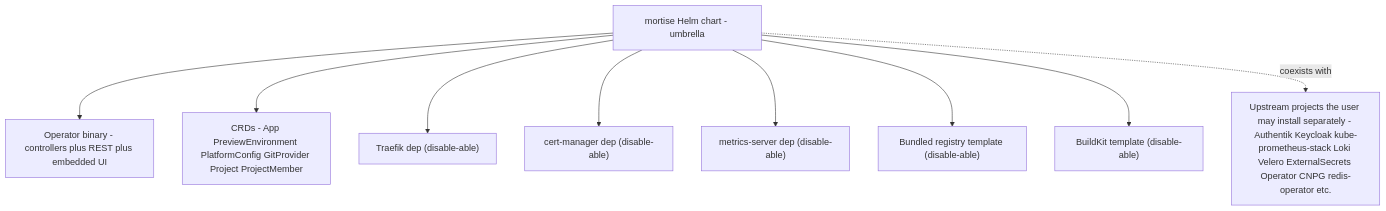
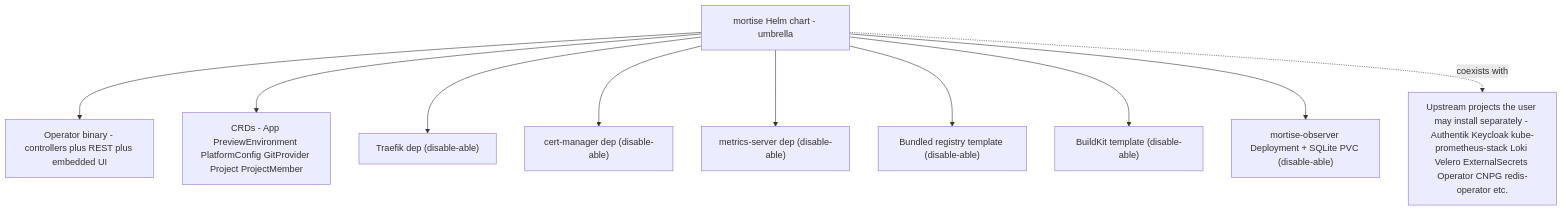
One commit to mortise-org/mortise changed the fourth of 5 diagrams in ARCHITECTURE.md. Above: the diagram before and after it, drawn with Mermaid. The commit also changed 2 other files, not shown here.

Commit message:
Fix reviewer issues: namespace name, BuildKit install framing, Observer in §4, remove UI_SPEC.md
- SPEC.md §5.3: mortise-builds → mortise-deps (correct namespace)
- SPEC.md §5.3: 'installed on-demand' → 'bundled, enabled by default, disable-able'
- ARCHITECTURE.md §4: add mortise-observer to install/chart layout diagram
- UI_SPEC.md: deleted (folded in from closed PR #128)
- SPEC.md: remove two remaining UI_SPEC §12.22 cross-references

````diff
--- a/ARCHITECTURE.md
+++ b/ARCHITECTURE.md
@@ -276,23 +276,25 @@
 ```mermaid
 flowchart TB
     Chart["mortise Helm chart - umbrella"]
 
     OP["Operator binary - controllers plus REST plus embedded UI"]
     CRDs["CRDs - App PreviewEnvironment PlatformConfig GitProvider Project ProjectMember"]
     TFc["Traefik dep (disable-able)"]
     CMc["cert-manager dep (disable-able)"]
     MSc["metrics-server dep (disable-able)"]
     REG["Bundled registry template (disable-able)"]
     BK["BuildKit template (disable-able)"]
+    OBS["mortise-observer Deployment + SQLite PVC (disable-able)"]
 
     Chart --> OP
     Chart --> CRDs
     Chart --> TFc
     Chart --> CMc
     Chart --> MSc
     Chart --> REG
     Chart --> BK
+    Chart --> OBS
 
     Upstream["Upstream projects the user may install separately - Authentik Keycloak kube-prometheus-stack Loki Velero ExternalSecrets Operator CNPG redis-operator etc."]
     Chart -.coexists with.-> Upstream
 ```
````
